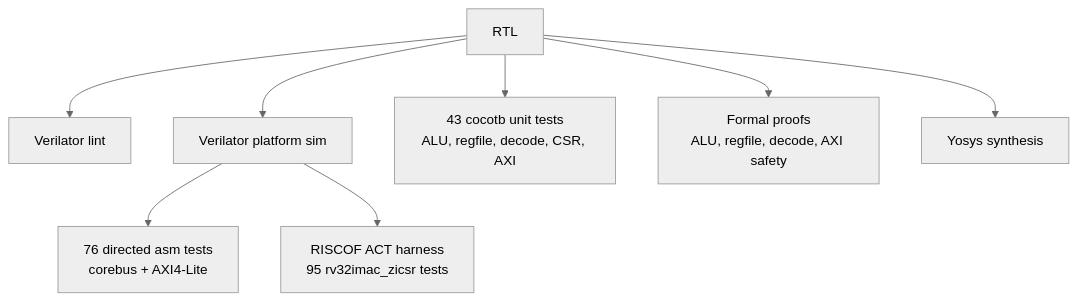
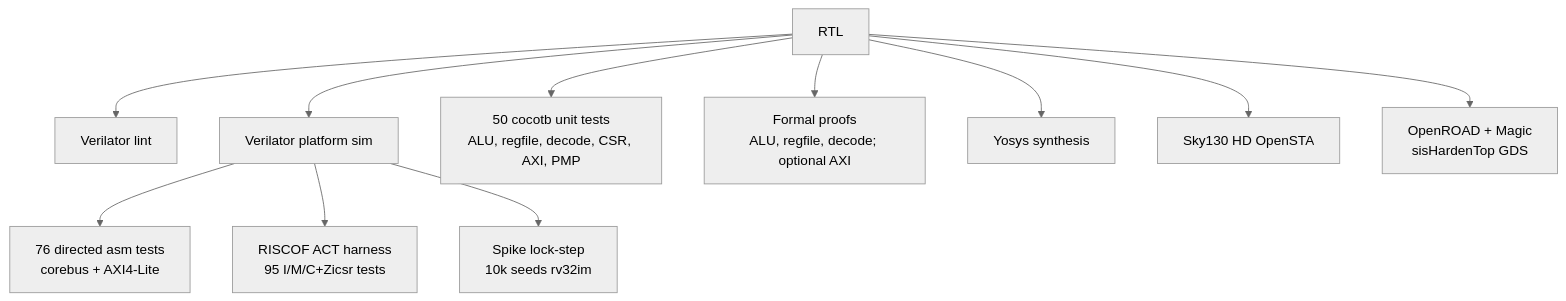
The third of 3 diagrams in README.md (kiranreddi/sisrv-platform), drawn with Mermaid (neutral theme) before and after one commit. The commit also changed other lines of this file and 2 other files, not shown here.

First line of the commit message:
docs: fact-correct README status and sync cocotb/CI counts

````diff
--- a/README.md
+++ b/README.md
@@ -86,10 +84,13 @@
 ```mermaid
 flowchart TB
   RTL["RTL"] --> Lint["Verilator lint"]
   RTL --> Sim["Verilator platform sim"]
   Sim --> ASM["76 directed asm tests\ncorebus + AXI4-Lite"]
-  RTL --> Cocotb["43 cocotb unit tests\nALU, regfile, decode, CSR, AXI"]
-  RTL --> Formal["Formal proofs\nALU, regfile, decode, AXI safety"]
+  RTL --> Cocotb["50 cocotb unit tests\nALU, regfile, decode, CSR, AXI, PMP"]
+  RTL --> Formal["Formal proofs\nALU, regfile, decode; optional AXI"]
   RTL --> Synth["Yosys synthesis"]
-  Sim --> RISCOF["RISCOF ACT harness\n95 rv32imac_zicsr tests"]
+  RTL --> STA["Sky130 HD OpenSTA"]
+  RTL --> Harden["OpenROAD + Magic\nsisHardenTop GDS"]
+  Sim --> RISCOF["RISCOF ACT harness\n95 I/M/C+Zicsr tests"]
+  Sim --> Cosim["Spike lock-step\n10k seeds rv32im"]
 ```
````
